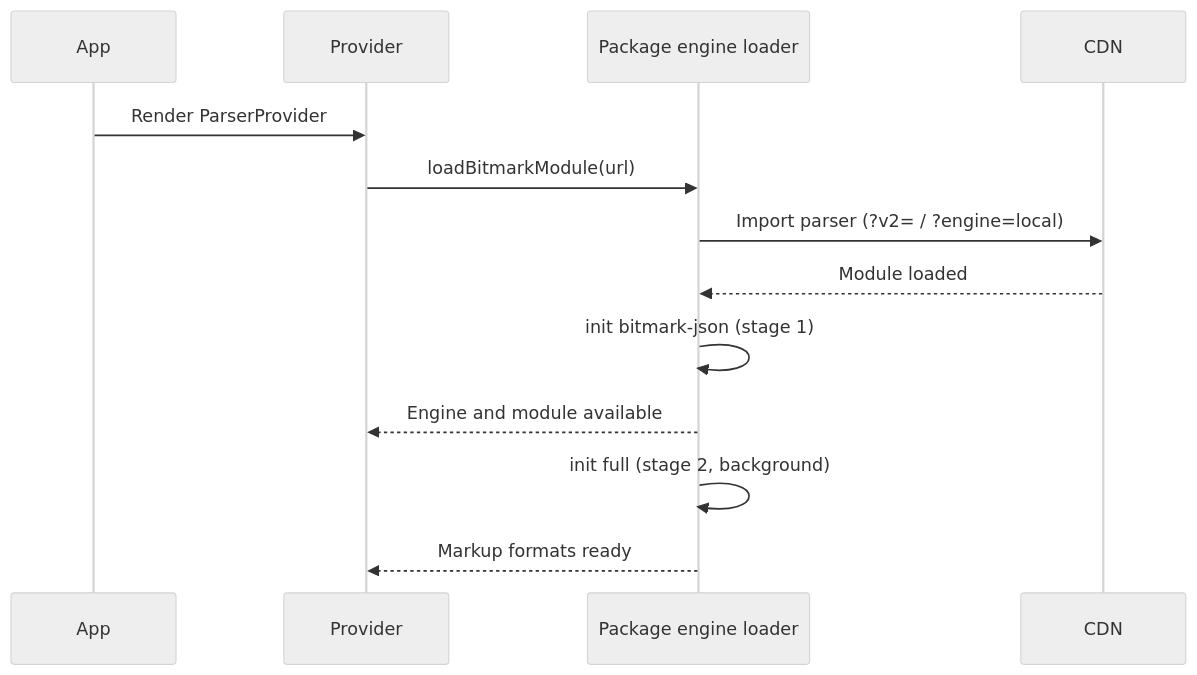
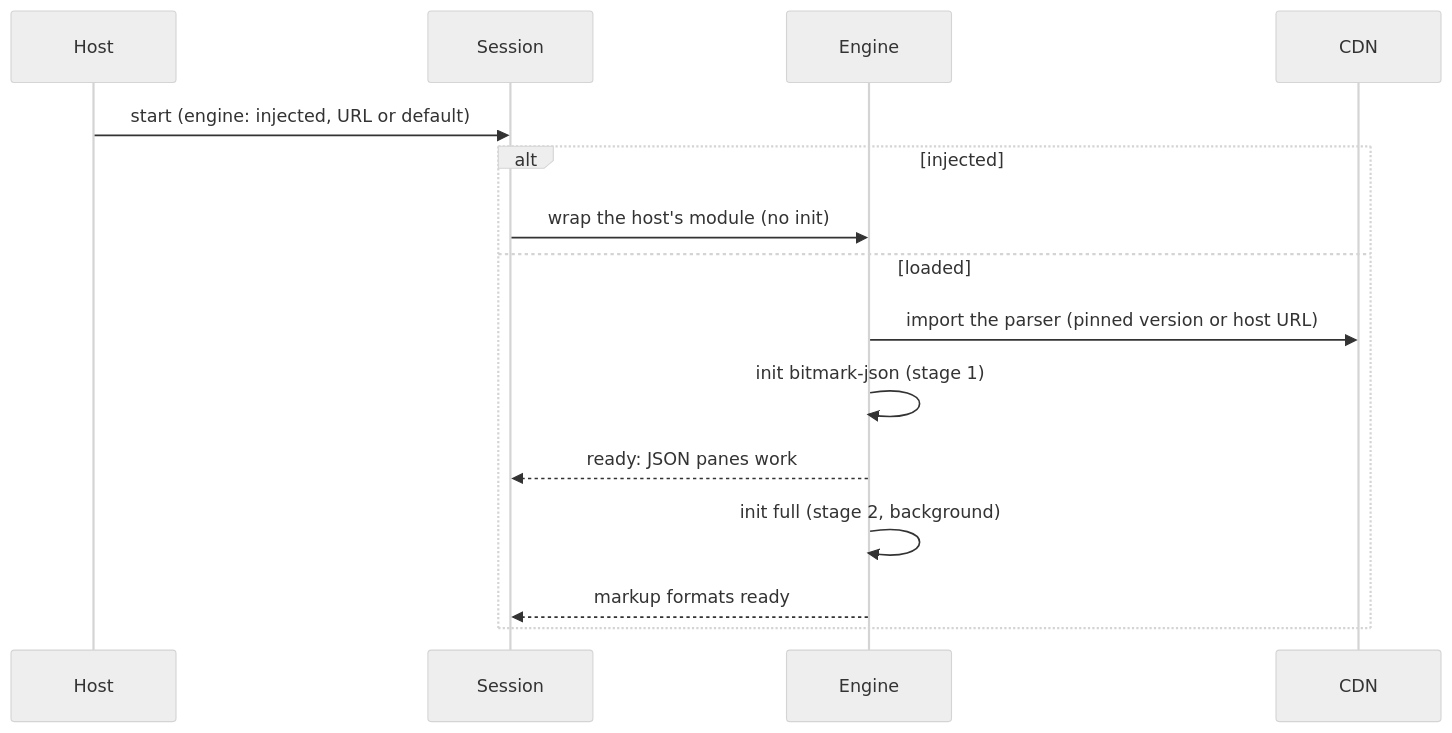
Before and after one commit to getMoreBrain/bitmark-editor: the third of 3 diagrams in .awa/specs/ARCHITECTURE.md, drawn with Mermaid (neutral theme). The commit also changed other lines of this file and 3 other files, not shown here.

First line of the commit message:
docs: README and architecture for the editor packages (PLAN-024 Phase 8)

````diff
--- a/.awa/specs/ARCHITECTURE.md
+++ b/.awa/specs/ARCHITECTURE.md
@@ -237,16 +258,18 @@
 ```mermaid
 sequenceDiagram
-    participant App
-    participant Provider
-    participant Engine as Package engine loader
+    participant Host
+    participant Session
+    participant Engine
     participant CDN
 
-    App->>Provider: Render ParserProvider
-    Provider->>Engine: loadBitmarkModule(url)
-    Engine->>CDN: Import parser (?v2= / ?engine=local)
-    CDN-->>Engine: Module loaded
-    Engine->>Engine: init bitmark-json (stage 1)
-    Engine-->>Provider: Engine and module available
-    Engine->>Engine: init full (stage 2, background)
-    Engine-->>Provider: Markup formats ready
+    Host->>Session: start (engine: injected, URL or default)
+    alt injected
+        Session->>Engine: wrap the host's module (no init)
+    else loaded
+        Engine->>CDN: import the parser (pinned version or host URL)
+        Engine->>Engine: init bitmark-json (stage 1)
+        Engine-->>Session: ready: JSON panes work
+        Engine->>Engine: init full (stage 2, background)
+        Engine-->>Session: markup formats ready
+    end
 ```
````
